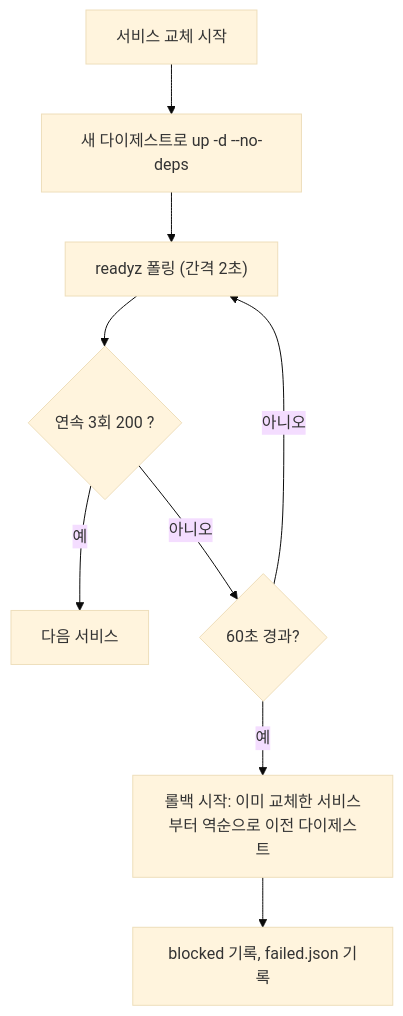
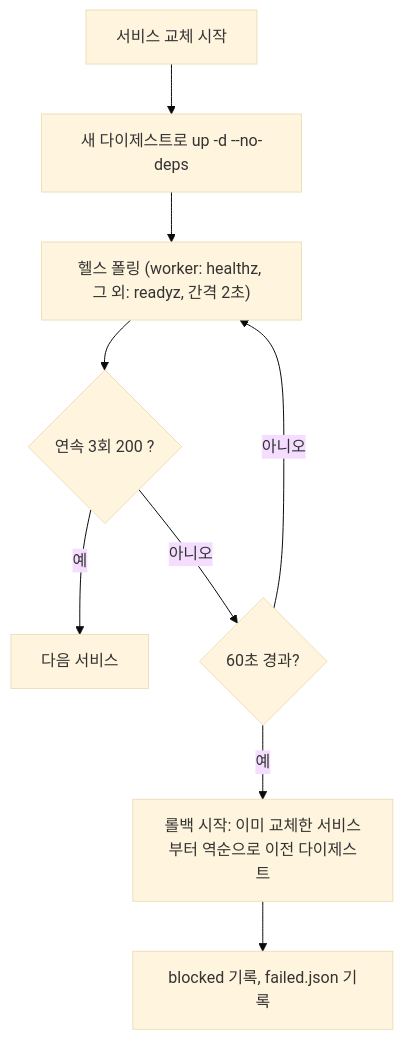
Diagram 28 of 34 in docs/design/features/17-ops-observability.md (1985jwlee/portpolio_backend), drawn with Mermaid (base theme) before and after one commit. The commit also changed other lines of this file and 33 other files, not shown here.

````diff
--- a/docs/design/features/17-ops-observability.md
+++ b/docs/design/features/17-ops-observability.md
@@ -1500,11 +1551,11 @@
 ```mermaid
 flowchart TD
     A["서비스 교체 시작"] --> B["새 다이제스트로 up -d --no-deps"]
-    B --> C["readyz 폴링 (간격 2초)"]
+    B --> C["헬스 폴링 (worker: healthz, 그 외: readyz, 간격 2초)"]
     C --> D{"연속 3회 200 ?"}
     D -- "예" --> OK["다음 서비스"]
     D -- "아니오" --> E{"60초 경과?"}
     E -- "아니오" --> C
     E -- "예" --> F["롤백 시작: 이미 교체한 서비스부터 역순으로 이전 다이제스트"]
     F --> G["blocked 기록, failed.json 기록"]
 ```
````
